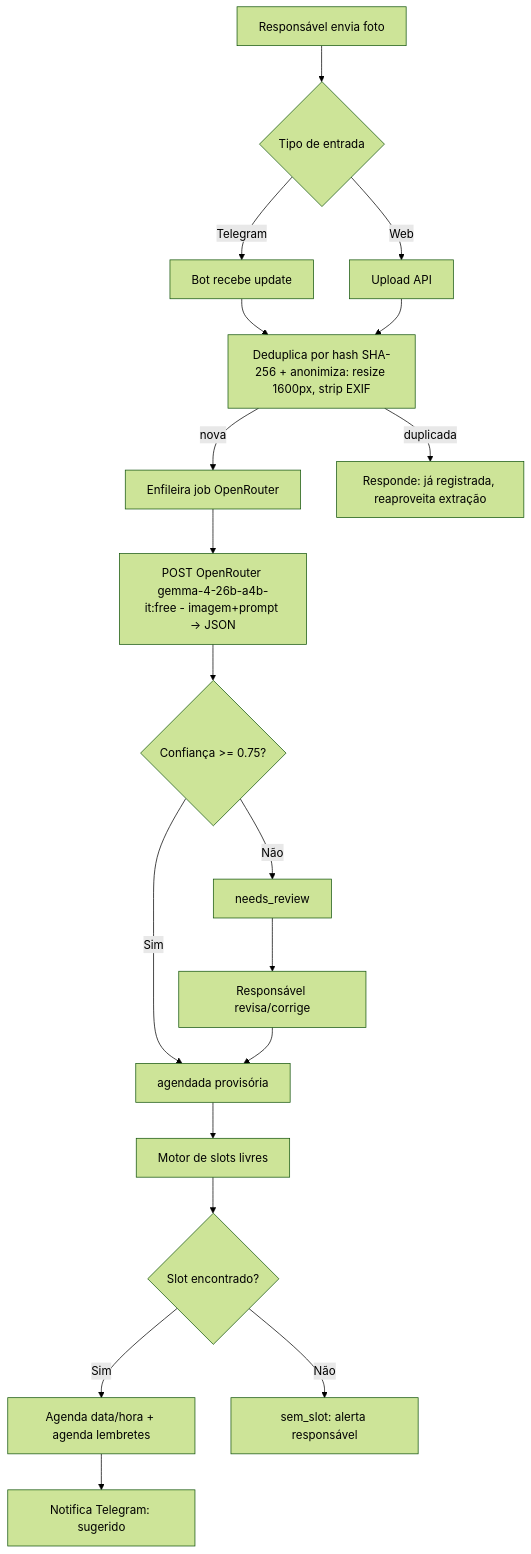
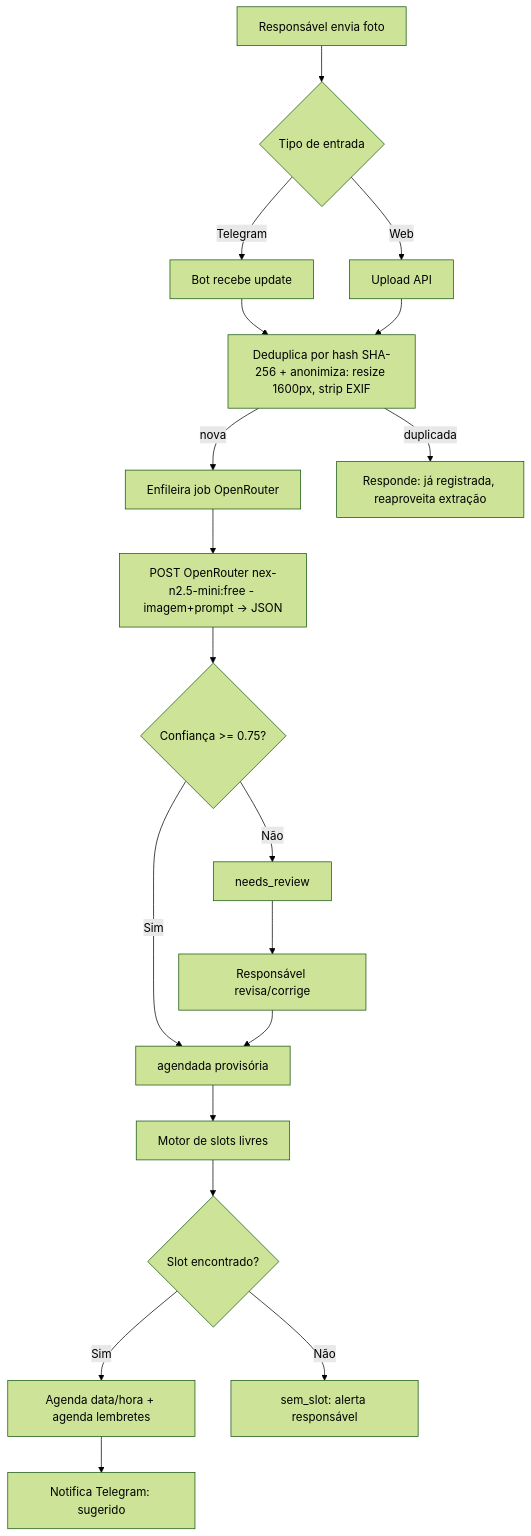
One commit to elrcosta-lab/hora_da_tarefa changed the first of 3 diagrams in PRD.md. Above: the diagram before and after it, drawn with Mermaid (forest theme). The commit also changed other lines of this file and 17 other files, not shown here.

First line of the commit message:
feat: switch to nex-n2.5-mini and add routine import by inference

````diff
--- a/PRD.md
+++ b/PRD.md
@@ -420,21 +420,21 @@
 ```mermaid
 flowchart TD
     A[Responsável envia foto] --> B{Tipo de entrada}
     B -->|Telegram| C[Bot recebe update]
     B -->|Web| D[Upload API]
     C --> E[Deduplica por hash SHA-256 + anonimiza: resize 1600px, strip EXIF]
     D --> E
     E -->|nova| F[Enfileira job OpenRouter]
     E -->|duplicada| Z[Responde: já registrada, reaproveita extração]
-    F --> G[POST OpenRouter gemma-4-26b-a4b-it:free - imagem+prompt → JSON]
+    F --> G[POST OpenRouter nex-n2.5-mini:free - imagem+prompt → JSON]
     G --> J{Confiança >= 0.75?}
     J -->|Não| K[needs_review]
     J -->|Sim| L[agendada provisória]
     K --> M[Responsável revisa/corrige]
     M --> L
     L --> N[Motor de slots livres]
     N --> O{Slot encontrado?}
     O -->|Sim| P[Agenda data/hora + agenda lembretes]
     O -->|Não| Q[sem_slot: alerta responsável]
     P --> R[Notifica Telegram: sugerido]
 ```
````
